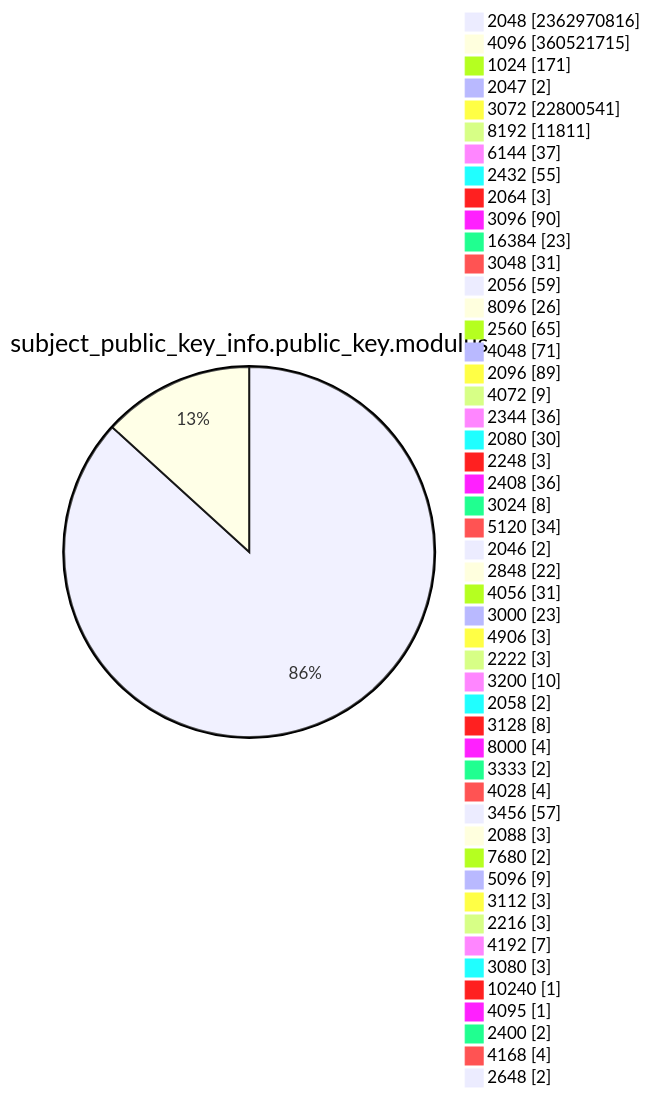
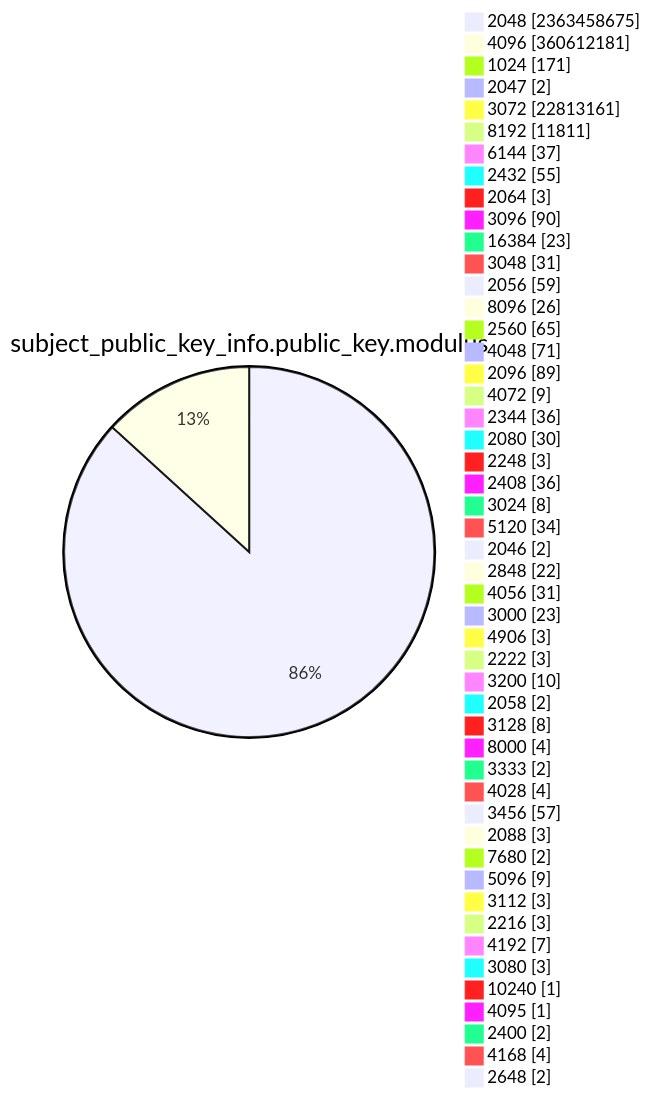
One commit to christiankrug/ctmonitor_visualization changed diagram 13 of 15 in TOTAL/README.md. Above: the diagram before and after it, drawn with Mermaid. The commit also changed other lines of this file, not shown here.

````diff
--- a/TOTAL/README.md
+++ b/TOTAL/README.md
@@ -4167,53 +4167,53 @@
 ```mermaid
 pie showData
 title subject_public_key_info.public_key.modulus
-"2048" :2362970816
-"4096" :360521715
+"2048" :2363458675
+"4096" :360612181
 "1024" :171
 "2047" :2
-"3072" :22800541
+"3072" :22813161
 "8192" :11811
 "6144" :37
 "2432" :55
 "2064" :3
 "3096" :90
 "16384" :23
 "3048" :31
 "2056" :59
 "8096" :26
 "2560" :65
 "4048" :71
 "2096" :89
 "4072" :9
 "2344" :36
 "2080" :30
 "2248" :3
 "2408" :36
 "3024" :8
 "5120" :34
 "2046" :2
 "2848" :22
 "4056" :31
 "3000" :23
 "4906" :3
 "2222" :3
 "3200" :10
 "2058" :2
 "3128" :8
 "8000" :4
 "3333" :2
 "4028" :4
 "3456" :57
 "2088" :3
 "7680" :2
 "5096" :9
 "3112" :3
 "2216" :3
 "4192" :7
 "3080" :3
 "10240" :1
 "4095" :1
 "2400" :2
 "4168" :4
 "2648" :2
 ```
````
